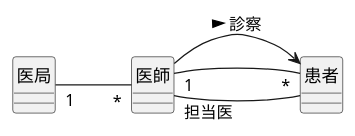
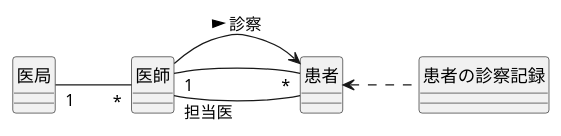
One commit to nagayamasaki/umi-intro changed the diagram in 演習3/演習3-2_CL_医師と患者と医局と診療記録.pu. Above: the diagram before and after it, drawn with PlantUML. The commit also changed 2 other files, not shown here.

```diff
--- a/演習3/演習3-2_CL_医師と患者と医局と診療記録.pu
+++ b/演習3/演習3-2_CL_医師と患者と医局と診療記録.pu
@@ -1,20 +1,22 @@
 @startuml  
 left to right direction
 skinparam ClassAttributeIconSize 0
 
 class 医師{}
 class 患者{}
-'class 患者の診察記録{}
+class 患者の診察記録{}
 class 医局{}
 
 患者 "*" -- "1" 医師
 医局 "1" -- "*" 医師
 
 医師 --> 患者:診察 >
+患者 <.. 患者の診察記録 
 医師"担当医"-- 患者
 
 hide 医師 circle
 hide 患者 circle
+hide 患者の診察記録 circle
 hide 医局 circle
 
 @enduml
```
